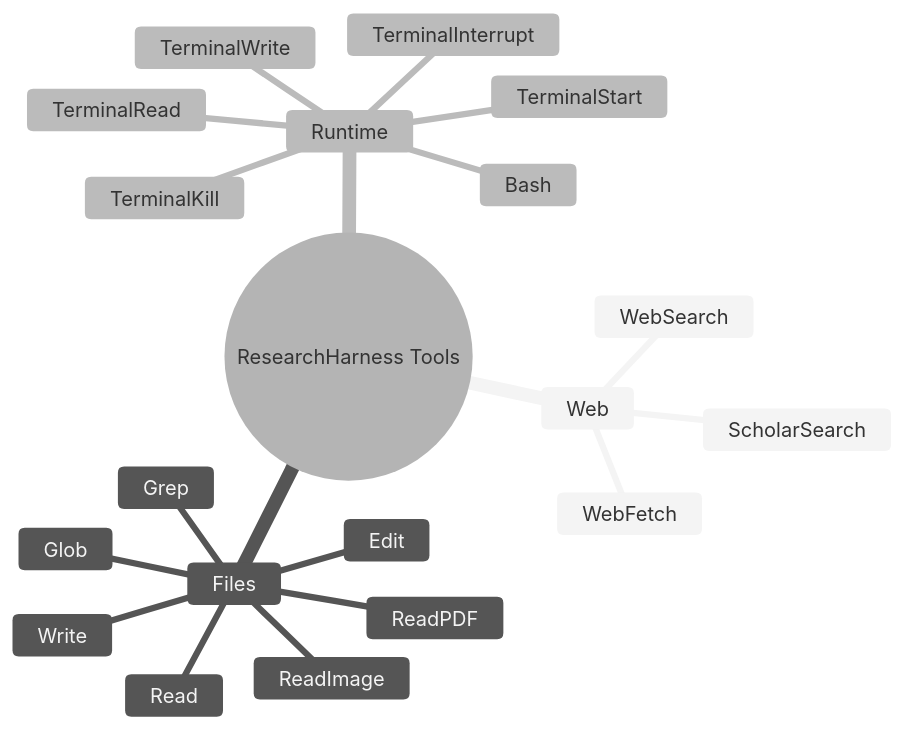
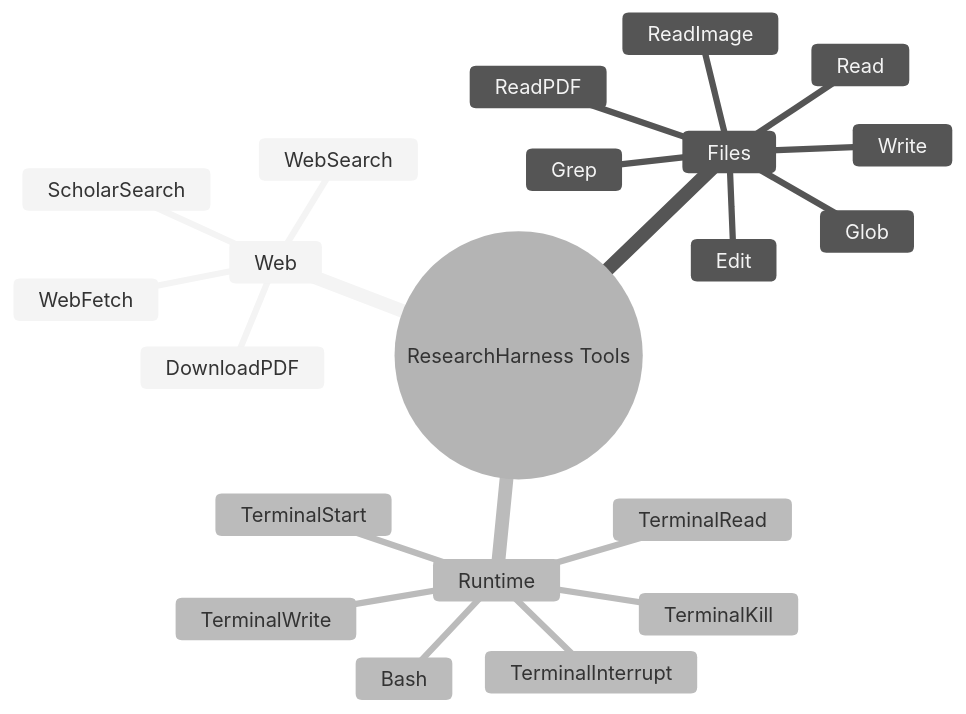
The second of 2 diagrams in README.md (robbenplus/ResearchHarness), drawn with Mermaid (neutral theme) before and after one commit. The commit also changed other lines of this file and 5 other files, not shown here.

Commit message:
Improve scholar search and PDF download

````diff
--- a/README.md
+++ b/README.md
@@ -312,23 +313,24 @@
 ```mermaid
 mindmap
   root((ResearchHarness Tools))
     Web
       WebSearch
       ScholarSearch
+      DownloadPDF
       WebFetch
     Files
       Glob
       Grep
       Read
       ReadPDF
       ReadImage
       Write
       Edit
     Runtime
       Bash
       TerminalStart
       TerminalWrite
       TerminalRead
       TerminalInterrupt
       TerminalKill
 ```
````
